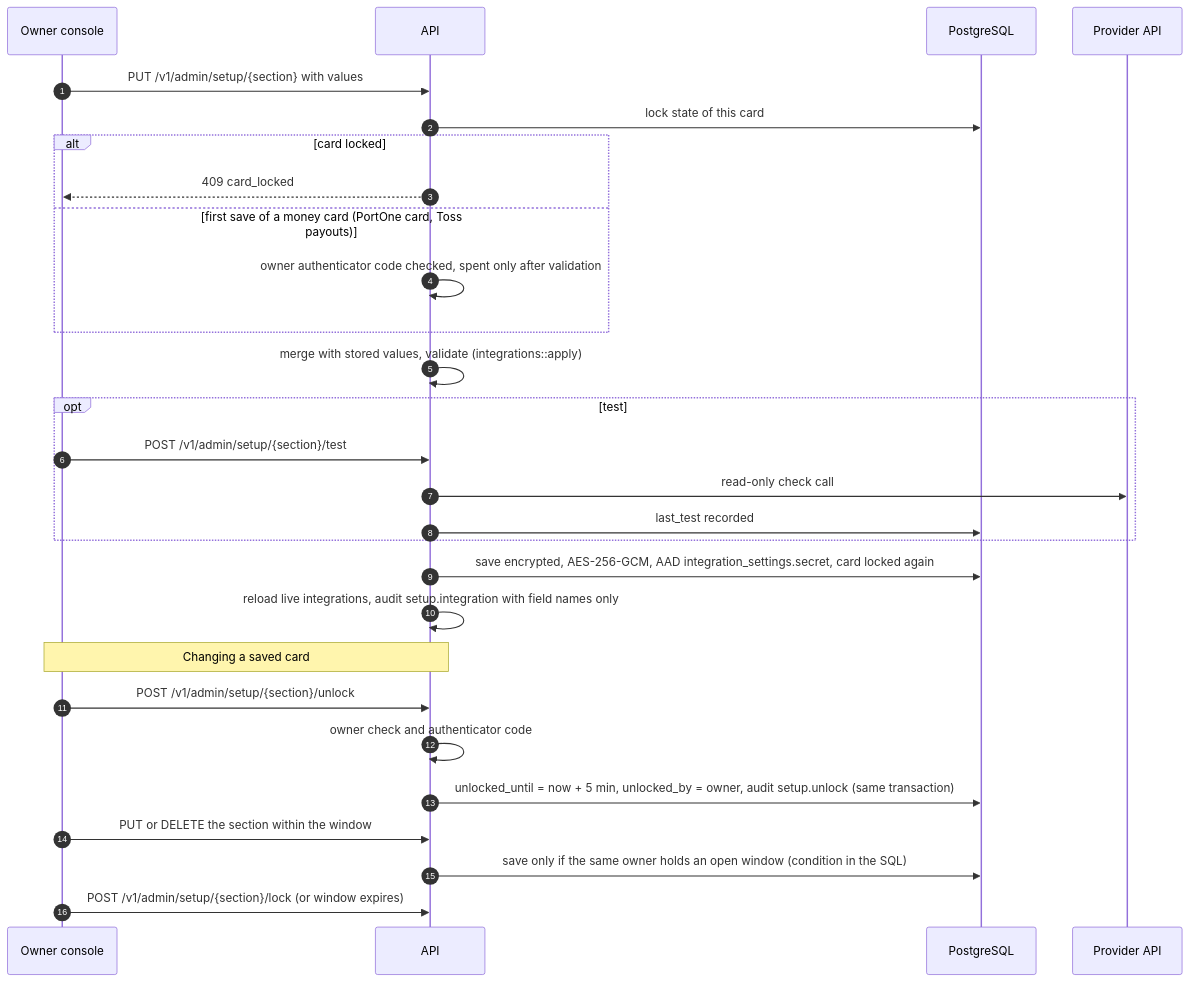
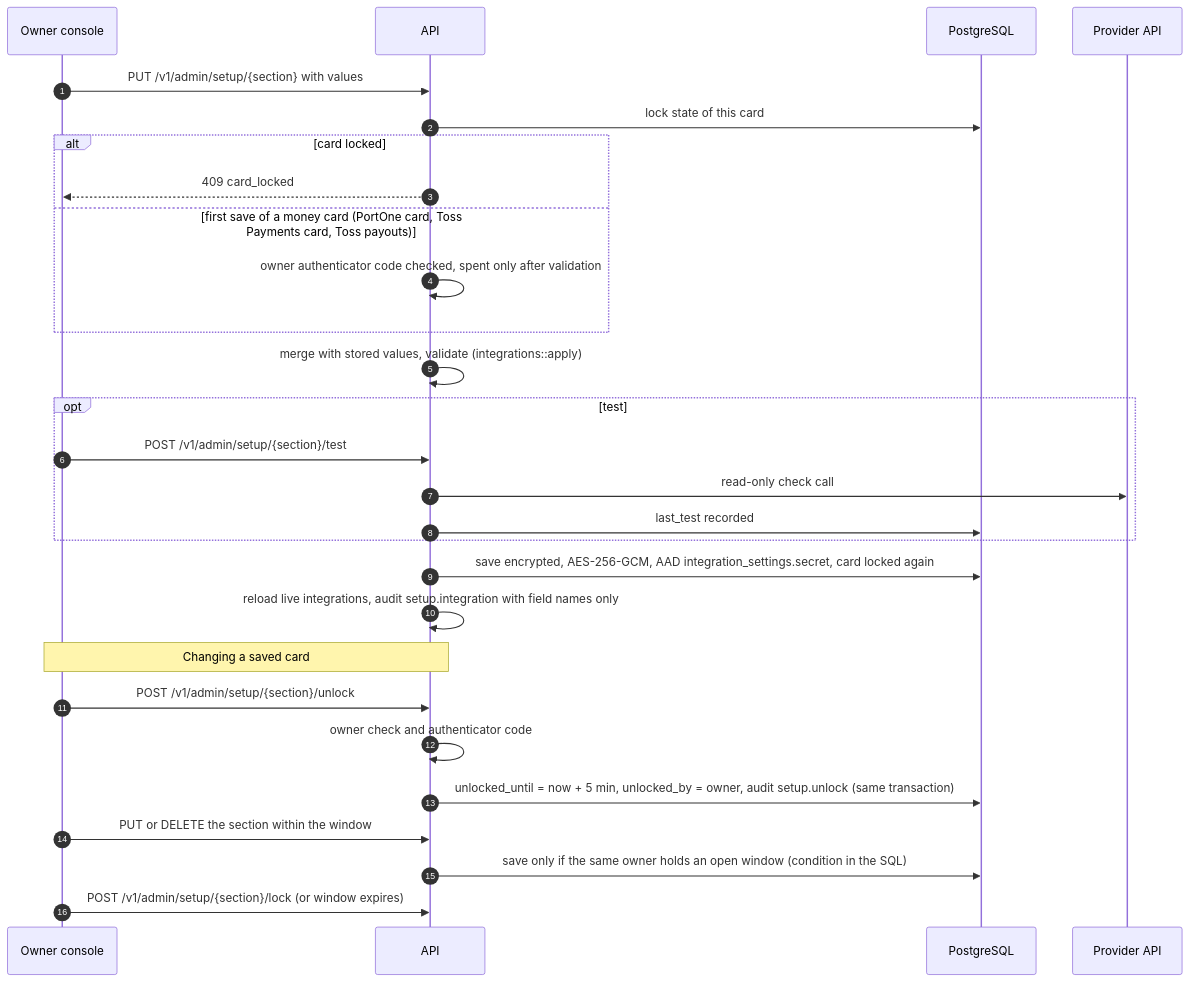
The fifth of 7 diagrams in docs/ARCHITECTURE.md (EricWijesinghe/Dahae), drawn with Mermaid before and after one commit. The commit also changed other lines of this file and 4 other files, not shown here.

Commit message:
docs: Toss Payments setup, switching rules and API reference next to PortOne

````diff
--- a/docs/ARCHITECTURE.md
+++ b/docs/ARCHITECTURE.md
@@ -307,30 +313,30 @@
 ```mermaid
 sequenceDiagram
   autonumber
   participant OWN as Owner console
   participant API as API
   participant DB as PostgreSQL
   participant PROV as Provider API
   OWN->>API: PUT /v1/admin/setup/{section} with values
   API->>DB: lock state of this card
   alt card locked
     API-->>OWN: 409 card_locked
-  else first save of a money card (PortOne card, Toss payouts)
+  else first save of a money card (PortOne card, Toss Payments card, Toss payouts)
     API->>API: owner authenticator code checked, spent only after validation
   end
   API->>API: merge with stored values, validate (integrations::apply)
   opt test
     OWN->>API: POST /v1/admin/setup/{section}/test
     API->>PROV: read-only check call
     API->>DB: last_test recorded
   end
   API->>DB: save encrypted, AES-256-GCM, AAD integration_settings.secret, card locked again
   API->>API: reload live integrations, audit setup.integration with field names only
   Note over OWN,API: Changing a saved card
   OWN->>API: POST /v1/admin/setup/{section}/unlock
   API->>API: owner check and authenticator code
   API->>DB: unlocked_until = now + 5 min, unlocked_by = owner, audit setup.unlock (same transaction)
   OWN->>API: PUT or DELETE the section within the window
   API->>DB: save only if the same owner holds an open window (condition in the SQL)
   OWN->>API: POST /v1/admin/setup/{section}/lock (or window expires)
 ```
````
